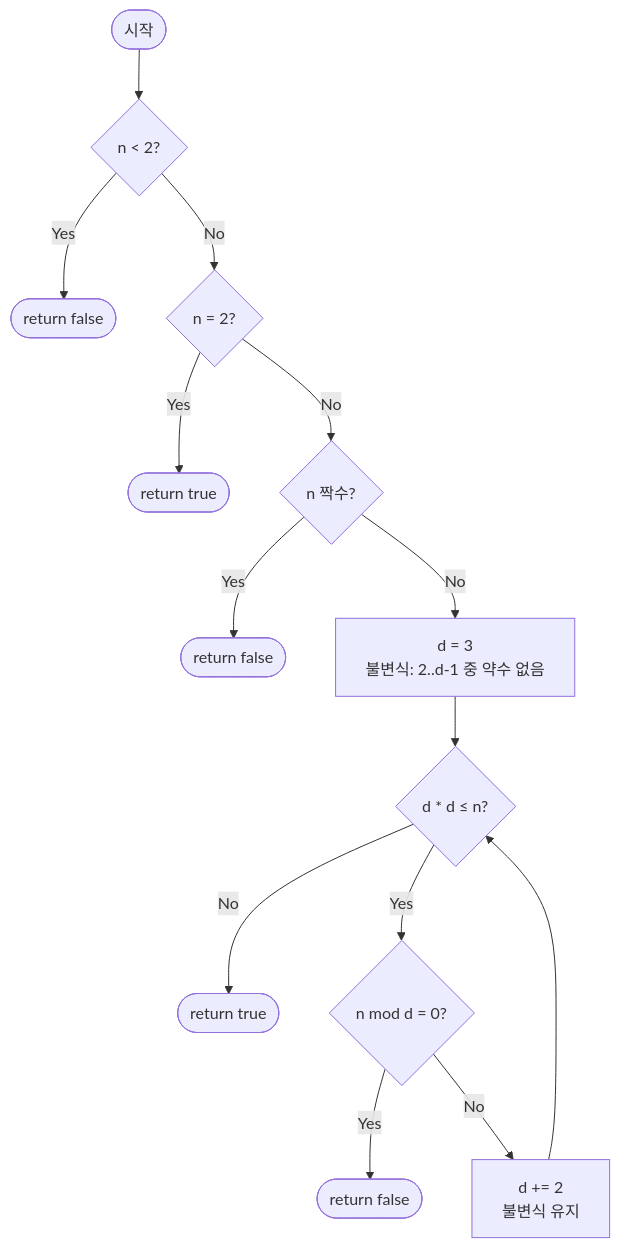
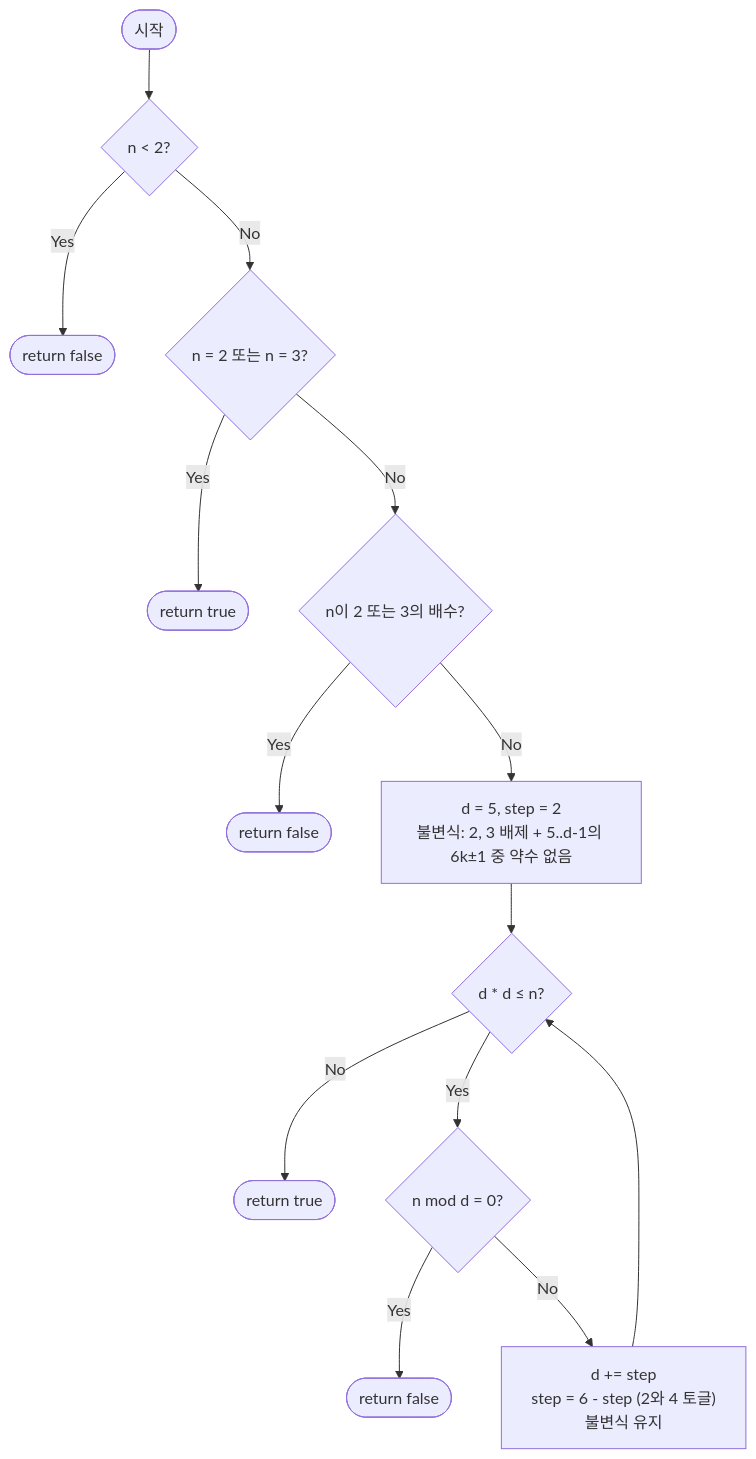
The diagram in src/algorithms/number-theory/isPrimeTrial/isPrimeTrial-guide.mdx (centurio1987/grow-up-programming), drawn with Mermaid before and after one commit. The commit also changed other lines of this file and 23 other files, not shown here.

````diff
--- a/src/algorithms/number-theory/isPrimeTrial/isPrimeTrial-guide.mdx
+++ b/src/algorithms/number-theory/isPrimeTrial/isPrimeTrial-guide.mdx
@@ -213,16 +319,16 @@
 ```mermaid
 flowchart TD
-    A([시작]) --> B{n < 2?}
+    A([시작]) --> B{"n < 2?"}
     B -- Yes --> C([return false])
-    B -- No  --> D{n = 2?}
+    B -- No  --> D{"n = 2 또는 n = 3?"}
     D -- Yes --> E([return true])
-    D -- No  --> F{n 짝수?}
+    D -- No  --> F{"n이 2 또는 3의 배수?"}
     F -- Yes --> G([return false])
-    F -- No  --> H["d = 3\n불변식: 2..d-1 중 약수 없음"]
-    H --> I{d * d ≤ n?}
+    F -- No  --> H["d = 5, step = 2<br/>불변식: 2, 3 배제 + 5..d-1의 6k±1 중 약수 없음"]
+    H --> I{"d * d ≤ n?"}
     I -- No  --> J([return true])
-    I -- Yes --> K{n mod d = 0?}
+    I -- Yes --> K{"n mod d = 0?"}
     K -- Yes --> L([return false])
-    K -- No  --> M["d += 2\n불변식 유지"]
+    K -- No  --> M["d += step<br/>step = 6 - step (2와 4 토글)<br/>불변식 유지"]
     M --> I
 ```
````
